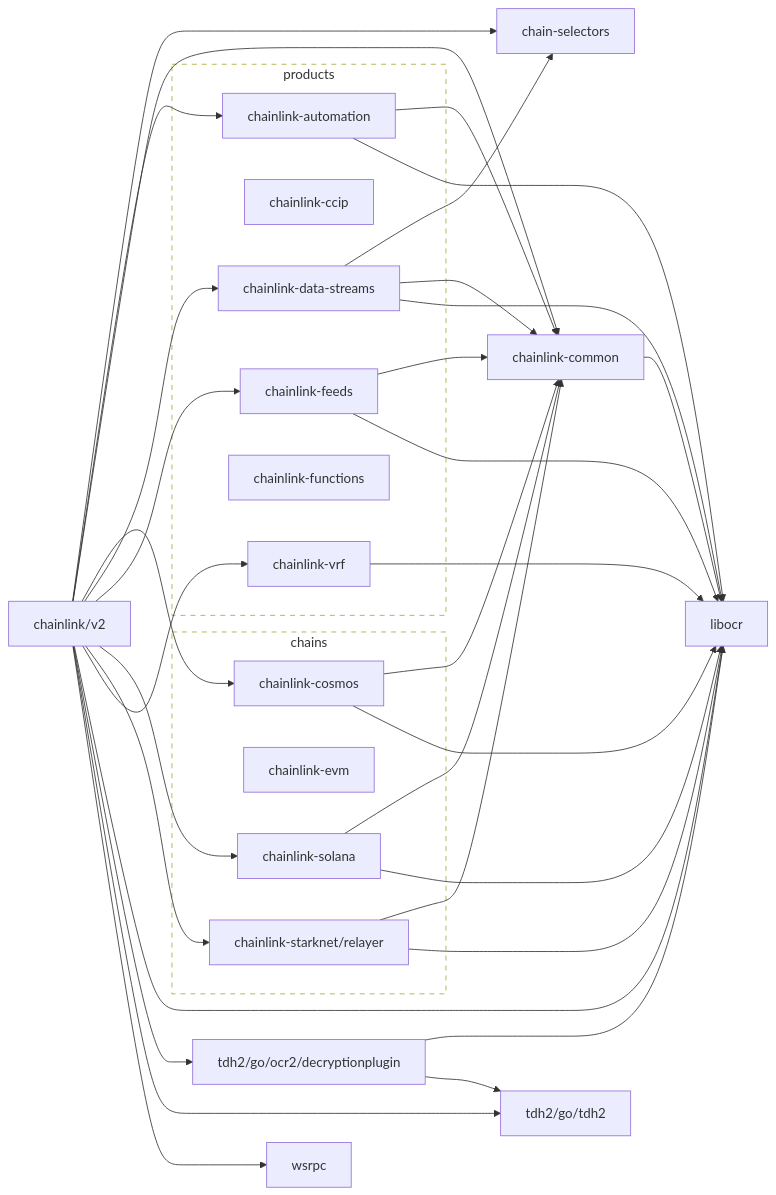
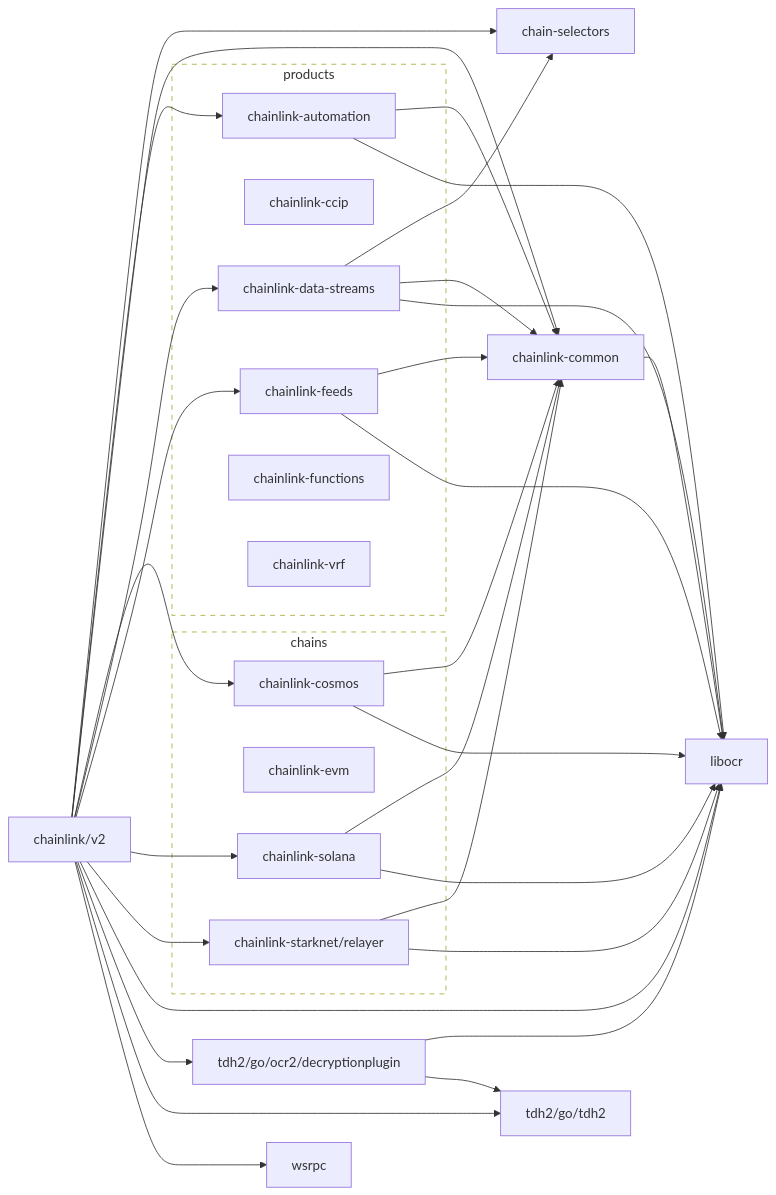
One commit to smartcontractkit/chainlink changed the diagram in go.md. Above: the diagram before and after it, drawn with Mermaid.

Commit message:
Fix wrappers gen

````diff
--- a/go.md
+++ b/go.md
@@ -2,65 +2,62 @@
 ```mermaid
 flowchart LR
   subgraph chains
     chainlink-cosmos
     chainlink-evm
     chainlink-solana
     chainlink-starknet/relayer
   end
 
   subgraph products
     chainlink-automation
     chainlink-ccip
     chainlink-data-streams
     chainlink-feeds
     chainlink-functions
     chainlink-vrf
   end
 
   classDef outline stroke-dasharray:6,fill:none;
   class chains,products outline
 
   chainlink/v2 --> chain-selectors
   click chain-selectors href "https://github.com/smartcontractkit/chain-selectors"
   chainlink/v2 --> chainlink-automation
   click chainlink-automation href "https://github.com/smartcontractkit/chainlink-automation"
   chainlink/v2 --> chainlink-common
   click chainlink-common href "https://github.com/smartcontractkit/chainlink-common"
   chainlink/v2 --> chainlink-cosmos
   click chainlink-cosmos href "https://github.com/smartcontractkit/chainlink-cosmos"
   chainlink/v2 --> chainlink-data-streams
   click chainlink-data-streams href "https://github.com/smartcontractkit/chainlink-data-streams"
   chainlink/v2 --> chainlink-feeds
   click chainlink-feeds href "https://github.com/smartcontractkit/chainlink-feeds"
   chainlink/v2 --> chainlink-solana
   click chainlink-solana href "https://github.com/smartcontractkit/chainlink-solana"
   chainlink/v2 --> chainlink-starknet/relayer
   click chainlink-starknet/relayer href "https://github.com/smartcontractkit/chainlink-starknet"
-  chainlink/v2 --> chainlink-vrf
-  click chainlink-vrf href "https://github.com/smartcontractkit/chainlink-vrf"
   chainlink/v2 --> libocr
   click libocr href "https://github.com/smartcontractkit/libocr"
   chainlink/v2 --> tdh2/go/ocr2/decryptionplugin
   click tdh2/go/ocr2/decryptionplugin href "https://github.com/smartcontractkit/tdh2"
   chainlink/v2 --> tdh2/go/tdh2
   click tdh2/go/tdh2 href "https://github.com/smartcontractkit/tdh2"
   chainlink/v2 --> wsrpc
   click wsrpc href "https://github.com/smartcontractkit/wsrpc"
   chainlink-automation --> chainlink-common
   chainlink-automation --> libocr
   chainlink-common --> libocr
   chainlink-cosmos --> chainlink-common
   chainlink-cosmos --> libocr
   chainlink-data-streams --> chain-selectors
   chainlink-data-streams --> chainlink-common
   chainlink-data-streams --> libocr
   chainlink-feeds --> chainlink-common
   chainlink-feeds --> libocr
   chainlink-solana --> chainlink-common
   chainlink-solana --> libocr
   chainlink-starknet/relayer --> chainlink-common
   chainlink-starknet/relayer --> libocr
-  chainlink-vrf --> libocr
   tdh2/go/ocr2/decryptionplugin --> libocr
   tdh2/go/ocr2/decryptionplugin --> tdh2/go/tdh2
 ```
````
